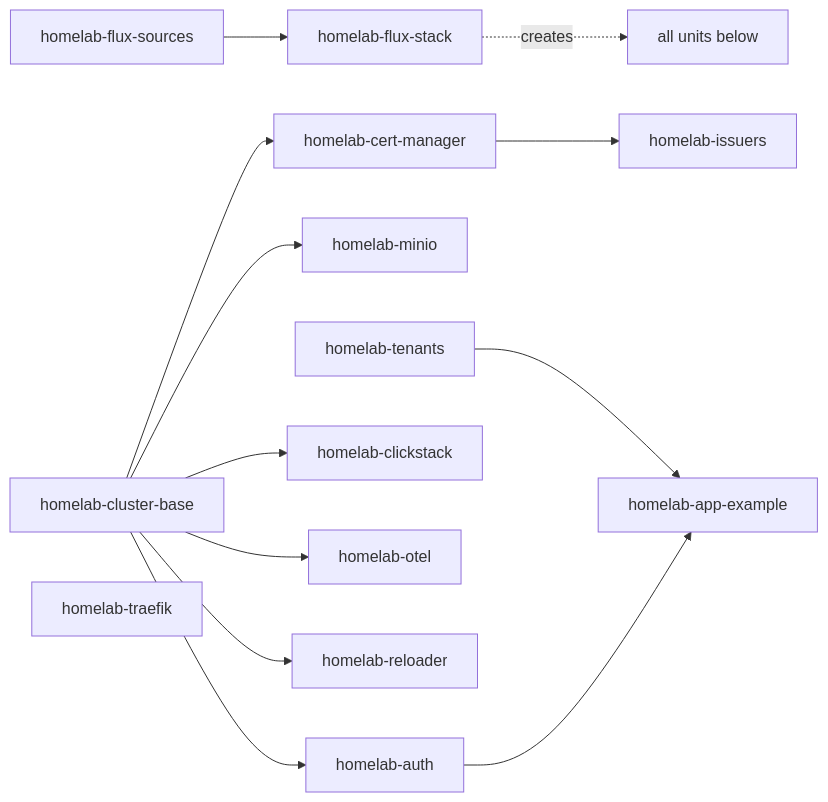
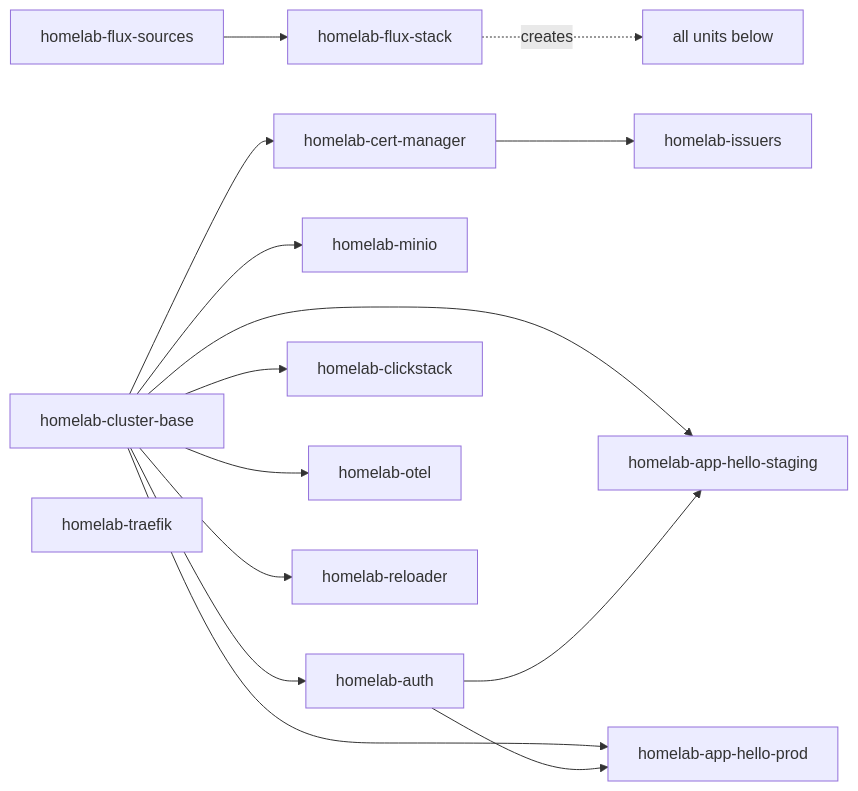
The diagram in docs/architecture.md (samclement/swhurl-platform), drawn with Mermaid before and after one commit. The commit also changed other lines of this file and 31 other files, not shown here.

First line of the commit message:
refactor: PR05 phase 4 - retire example unit and shared app namespaces

````diff
--- a/docs/architecture.md
+++ b/docs/architecture.md
@@ -41,14 +41,16 @@
 ```mermaid
 flowchart LR
   sources[homelab-flux-sources] --> stack[homelab-flux-stack]
   stack -. creates .-> units[all units below]
   base[homelab-cluster-base] --> cm[homelab-cert-manager] --> issuers[homelab-issuers]
   base --> minio[homelab-minio]
   base --> auth[homelab-auth]
   base --> clickstack[homelab-clickstack]
   base --> otel[homelab-otel]
   base --> reloader[homelab-reloader]
   traefik[homelab-traefik]
-  tenants[homelab-tenants] --> example[homelab-app-example]
-  auth --> example
+  base --> hs[homelab-app-hello-staging]
+  auth --> hs
+  base --> hp[homelab-app-hello-prod]
+  auth --> hp
 ```
````
